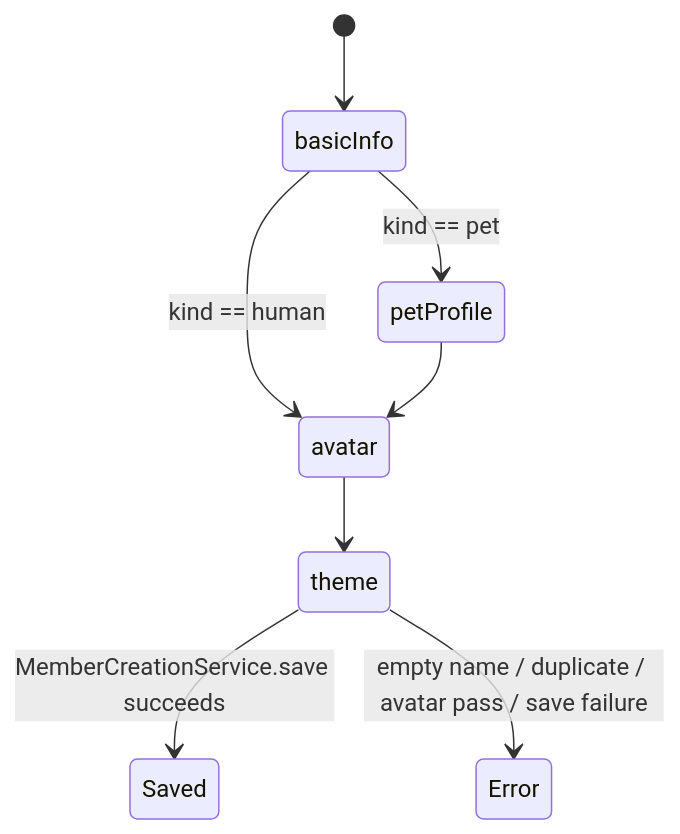
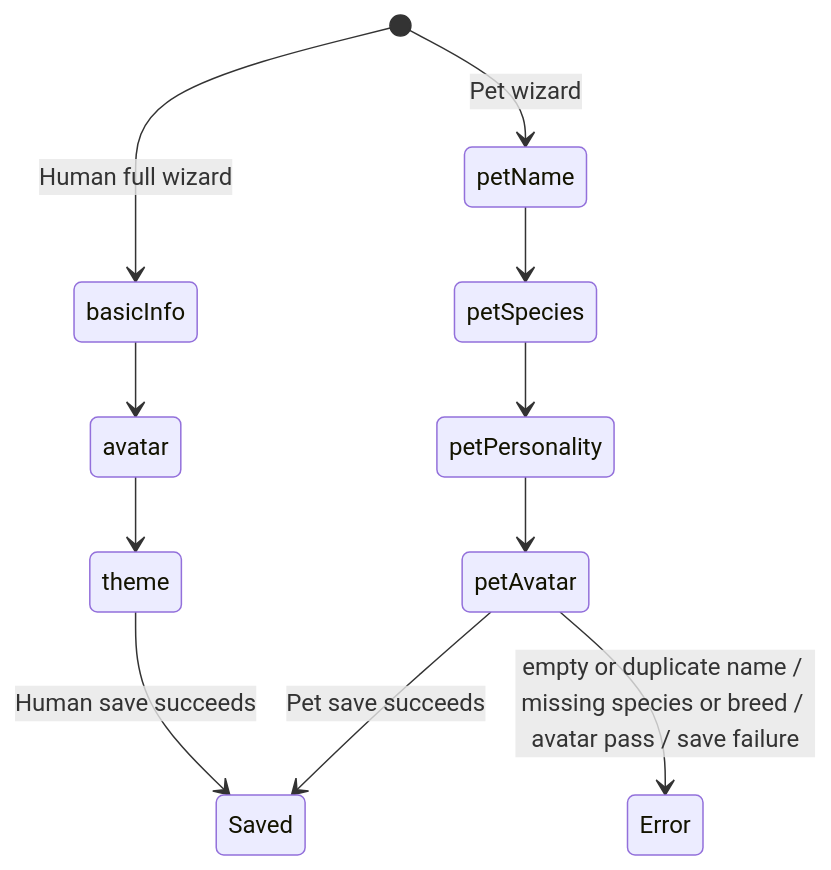
Before and after one commit to VeitL/Ohana: the first of 4 diagrams in docs/specs/Members-logic.md, drawn with Mermaid. The commit also changed other lines of this file and 86 other files, not shown here.

````diff
--- a/docs/specs/Members-logic.md
+++ b/docs/specs/Members-logic.md
@@ -86,10 +86,13 @@
 ```mermaid
 stateDiagram-v2
-    [*] --> basicInfo
-    basicInfo --> petProfile: kind == pet
-    basicInfo --> avatar: kind == human
-    petProfile --> avatar
+    [*] --> basicInfo: Human full wizard
+    basicInfo --> avatar
     avatar --> theme
-    theme --> Saved: MemberCreationService.save succeeds
-    theme --> Error: empty name / duplicate / avatar pass / save failure
+    theme --> Saved: Human save succeeds
+    [*] --> petName: Pet wizard
+    petName --> petSpecies
+    petSpecies --> petPersonality
+    petPersonality --> petAvatar
+    petAvatar --> Saved: Pet save succeeds
+    petAvatar --> Error: empty or duplicate name / missing species or breed / avatar pass / save failure
 ```
````
